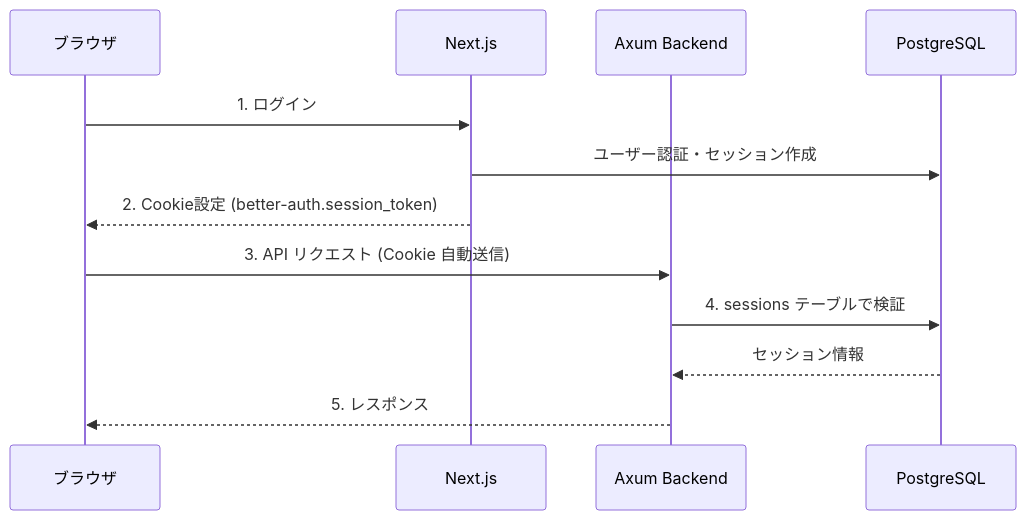
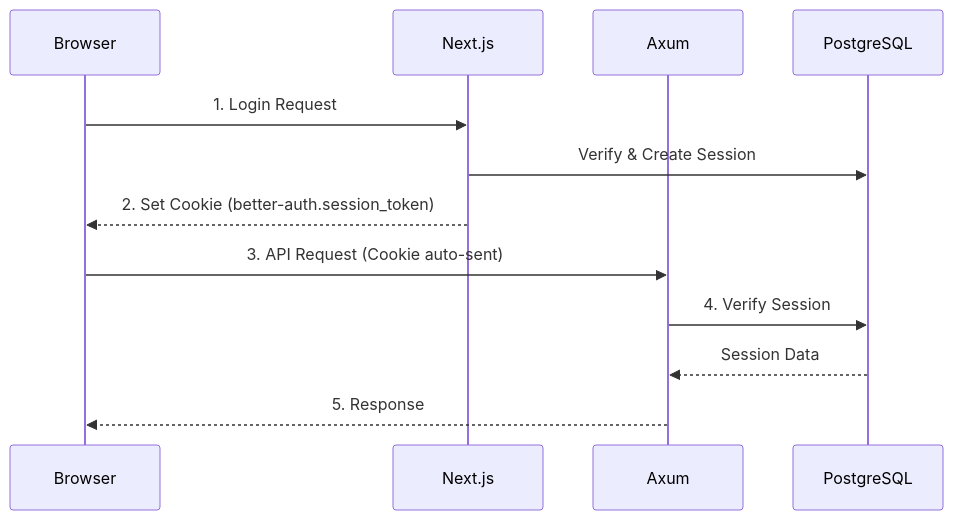
The diagram in README.md (hysakhr/better-auth-sample), drawn with Mermaid before and after one commit. The commit also changed other lines of this file and 4 other files, not shown here.

````diff
--- a/README.md
+++ b/README.md
@@ -76,15 +90,15 @@
 ```mermaid
 sequenceDiagram
-    participant Browser as ブラウザ
-    participant NextJS as Next.js
-    participant Axum as Axum Backend
-    participant DB as PostgreSQL
+    participant Browser
+    participant Next.js
+    participant Axum
+    participant PostgreSQL
 
-    Browser->>NextJS: 1. ログイン
-    NextJS->>DB: ユーザー認証・セッション作成
-    NextJS-->>Browser: 2. Cookie設定 (better-auth.session_token)
-    Browser->>Axum: 3. API リクエスト (Cookie 自動送信)
-    Axum->>DB: 4. sessions テーブルで検証
-    DB-->>Axum: セッション情報
-    Axum-->>Browser: 5. レスポンス
+    Browser->>Next.js: 1. Login Request
+    Next.js->>PostgreSQL: Verify & Create Session
+    Next.js-->>Browser: 2. Set Cookie (better-auth.session_token)
+    Browser->>Axum: 3. API Request (Cookie auto-sent)
+    Axum->>PostgreSQL: 4. Verify Session
+    PostgreSQL-->>Axum: Session Data
+    Axum-->>Browser: 5. Response
 ```
````
